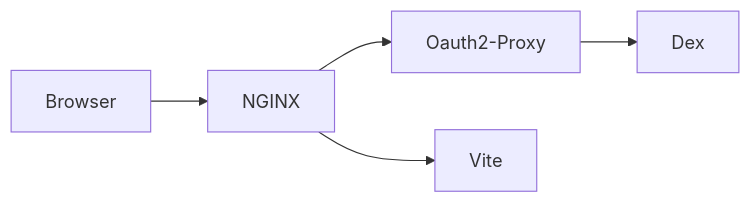
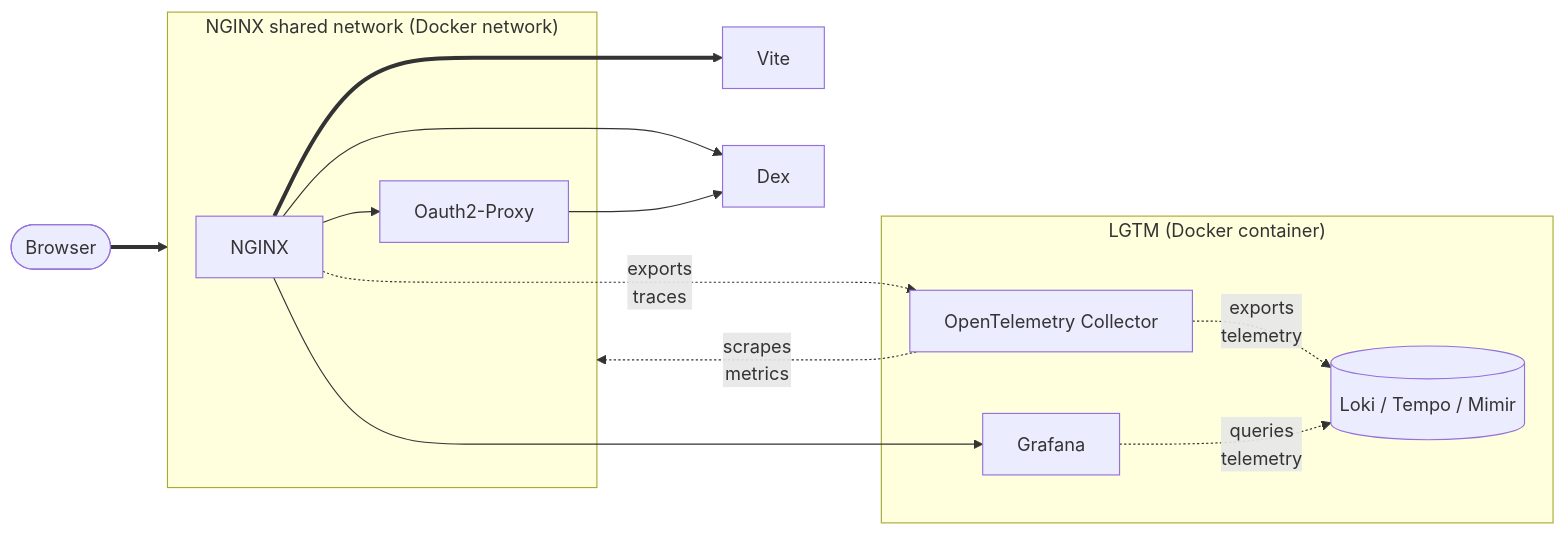
One commit to blakearoberts/visage changed the diagram in examples/telemetry/README.md. Above: the diagram before and after it, drawn with Mermaid. The commit also changed 10 other files, not shown here.

Commit message:
Add nginx tracing to telemetry example

````diff
--- a/examples/telemetry/README.md
+++ b/examples/telemetry/README.md
@@ -5,13 +5,22 @@
 ```mermaid
 flowchart LR
-  Browser
-  NGINX
-  Oauth2-Proxy
-  Vite
-  Dex
+  subgraph network["NGINX shared network (Docker network)"]
+    NGINX --> Oauth2-Proxy
+  end
 
-  Browser --> NGINX
-  NGINX --> Oauth2-Proxy
+  browser([Browser]) ==> network
+  NGINX ===> Vite
+  NGINX --> Dex
   Oauth2-Proxy --> Dex
-  NGINX --> Vite
+
+  subgraph "LGTM (Docker container)"
+    storage[(Loki / Tempo / Mimir)]
+    otelcol[OpenTelemetry Collector]
+    otelcol -.->|exports</br>telemetry| storage
+    Grafana -.->|queries</br>telemetry| storage
+  end
+
+  NGINX --> Grafana
+  NGINX -.->|exports</br>traces| otelcol
+  otelcol -...->|scrapes</br>metrics| network
 ```
````
